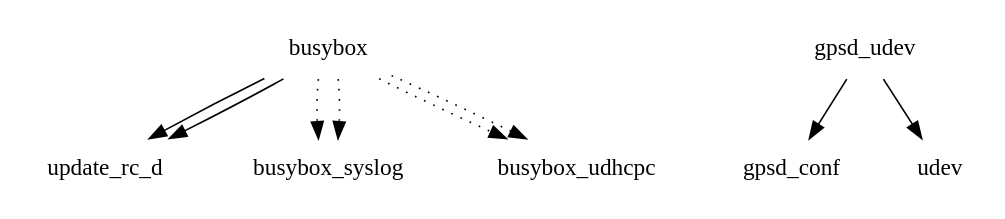
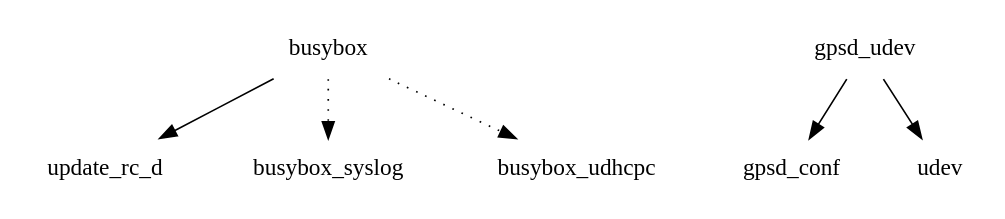
The diagram in images/crespo/eglibc/chroot-image/depends-nokernel-nolibc.dot (shr-distribution/buildhistory-old), drawn with Graphviz before and after one commit. The commit also changed 49 other files, not shown here.

```diff
--- a/images/crespo/eglibc/chroot-image/depends-nokernel-nolibc.dot
+++ b/images/crespo/eglibc/chroot-image/depends-nokernel-nolibc.dot
@@ -1,11 +1,8 @@
 digraph depends {
     node [shape=plaintext]
 busybox -> update_rc_d;
-busybox -> update_rc_d;
-busybox -> busybox_syslog [style=dotted];
-busybox -> busybox_udhcpc [style=dotted];
 busybox -> busybox_syslog [style=dotted];
 busybox -> busybox_udhcpc [style=dotted];
 gpsd_udev -> gpsd_conf;
 gpsd_udev -> udev;
 }
```
